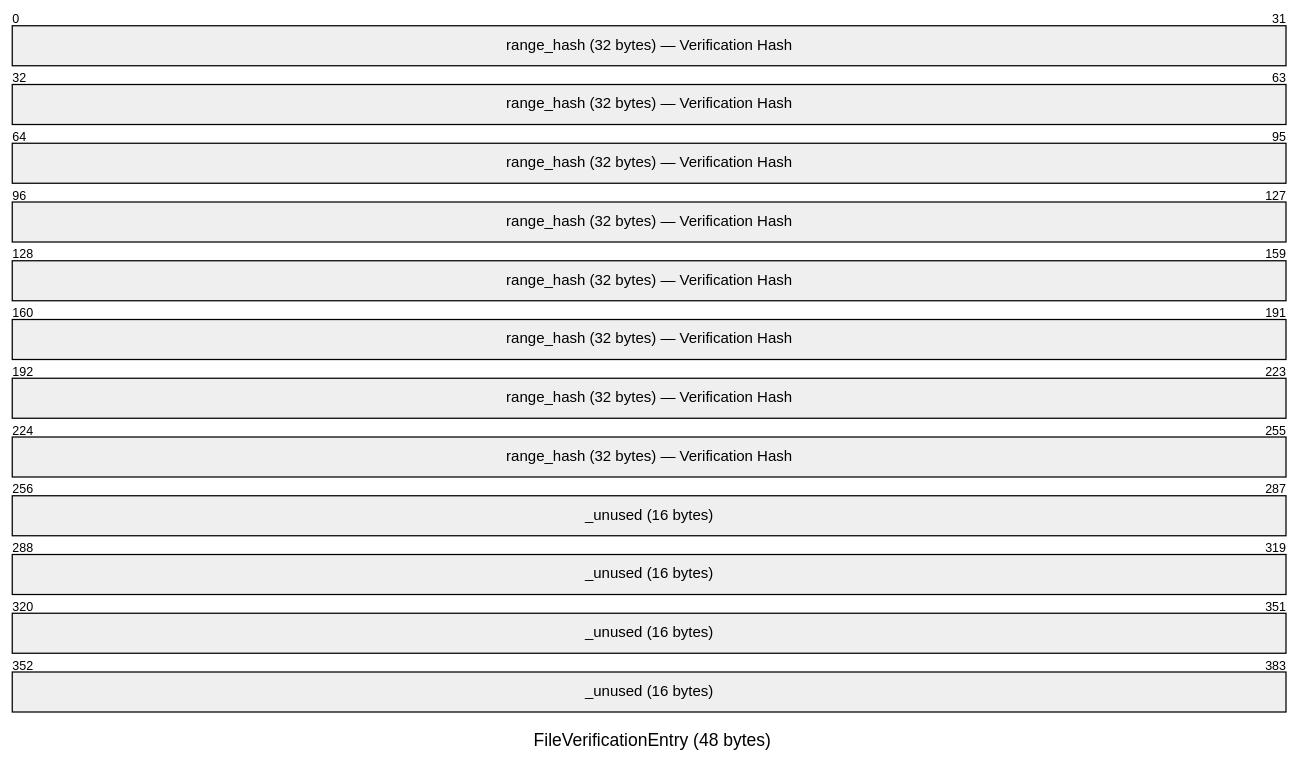
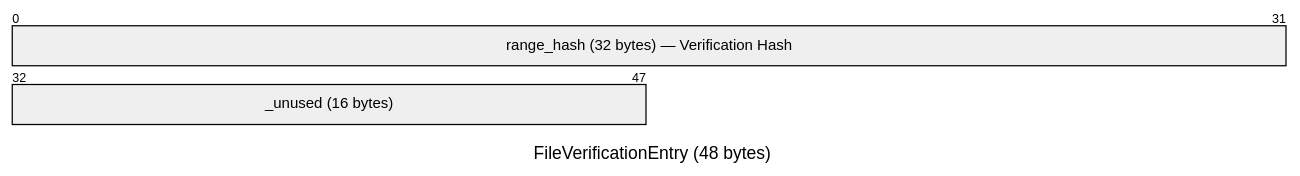
Before and after one commit to huggingface/hub-docs: the fourth of 8 diagrams in docs/xet/shard.md, drawn with Mermaid. The commit also changed other lines of this file and 1 other file, not shown here.

First line of the commit message:
Switch packet diagrams to byte-level addressing for readability

````diff
--- a/docs/xet/shard.md
+++ b/docs/xet/shard.md
@@ -282,8 +282,8 @@
 ```mermaid
 ---
 title: "FileVerificationEntry (48 bytes)"
 ---
 packet
-  0-255: "range_hash (32 bytes) — Verification Hash"
-  256-383: "_unused (16 bytes)"
+  0-31: "range_hash (32 bytes) — Verification Hash"
+  32-47: "_unused (16 bytes)"
 ```
````
